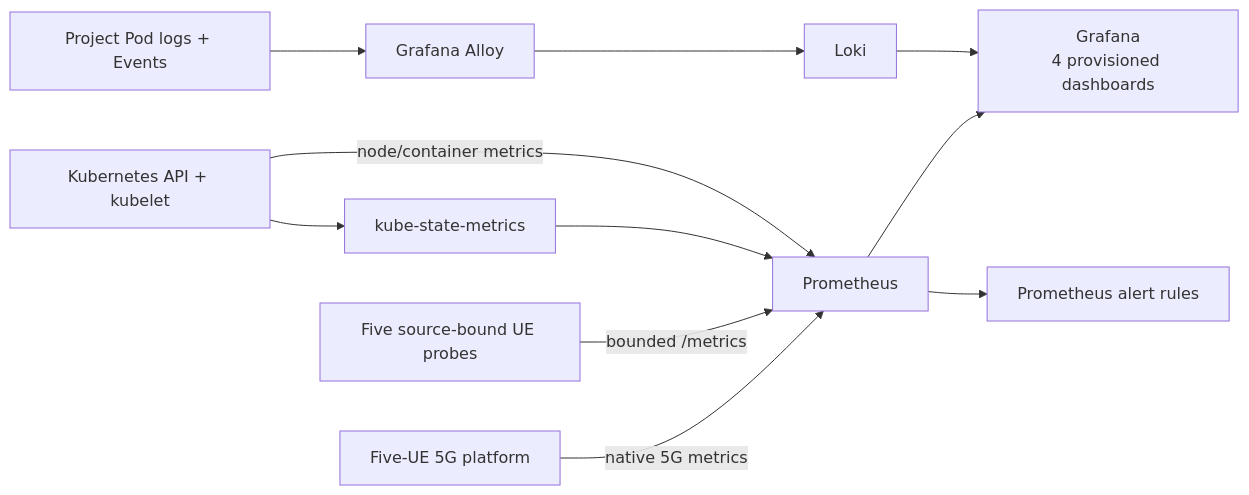
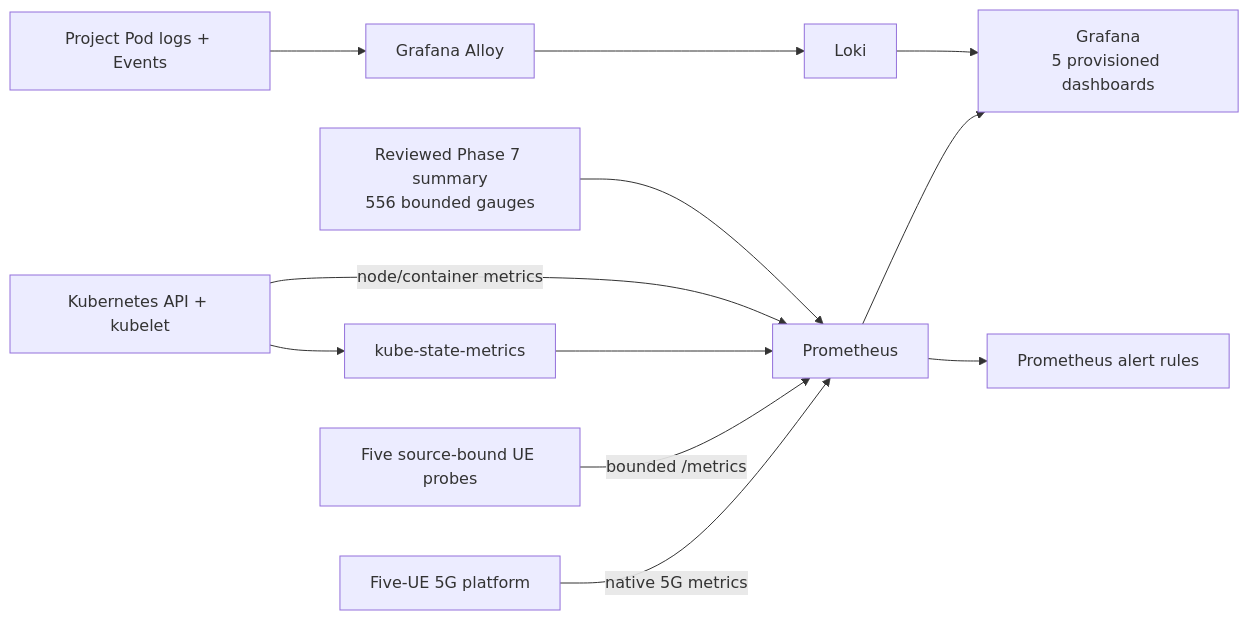
One commit to abdelrahman-fawaz18/cloud-native-5g-core-platform changed the third of 5 diagrams in README.md. Above: the diagram before and after it, drawn with Mermaid. The commit also changed other lines of this file and 33 other files, not shown here.

Commit message:
feat: add reviewed Phase 7 performance dashboard

````diff
--- a/README.md
+++ b/README.md
@@ -254,11 +254,12 @@
 ```mermaid
 flowchart LR
     CORE["Five-UE 5G platform"] -->|"native 5G metrics"| PROM["Prometheus"]
     UE["Five source-bound UE probes"] -->|"bounded /metrics"| PROM
     K8S["Kubernetes API + kubelet"] --> KSM["kube-state-metrics"] --> PROM
     K8S -->|"node/container metrics"| PROM
     LOGS["Project Pod logs + Events"] --> ALLOY["Grafana Alloy"] --> LOKI["Loki"]
-    PROM --> GRAFANA["Grafana\n4 provisioned dashboards"]
+    RESULTS["Reviewed Phase 7 summary\n556 bounded gauges"] --> PROM
+    PROM --> GRAFANA["Grafana\n5 provisioned dashboards"]
     LOKI --> GRAFANA
     PROM --> ALERTS["Prometheus alert rules"]
 ```
````
